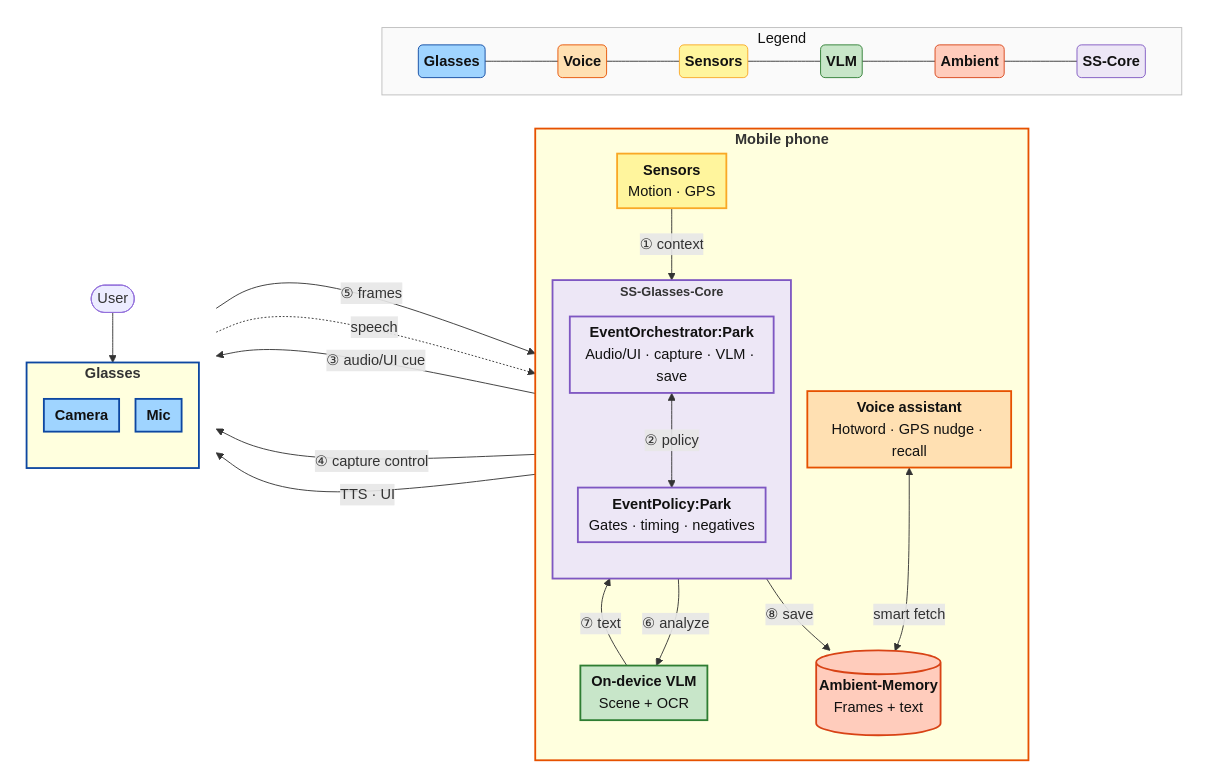
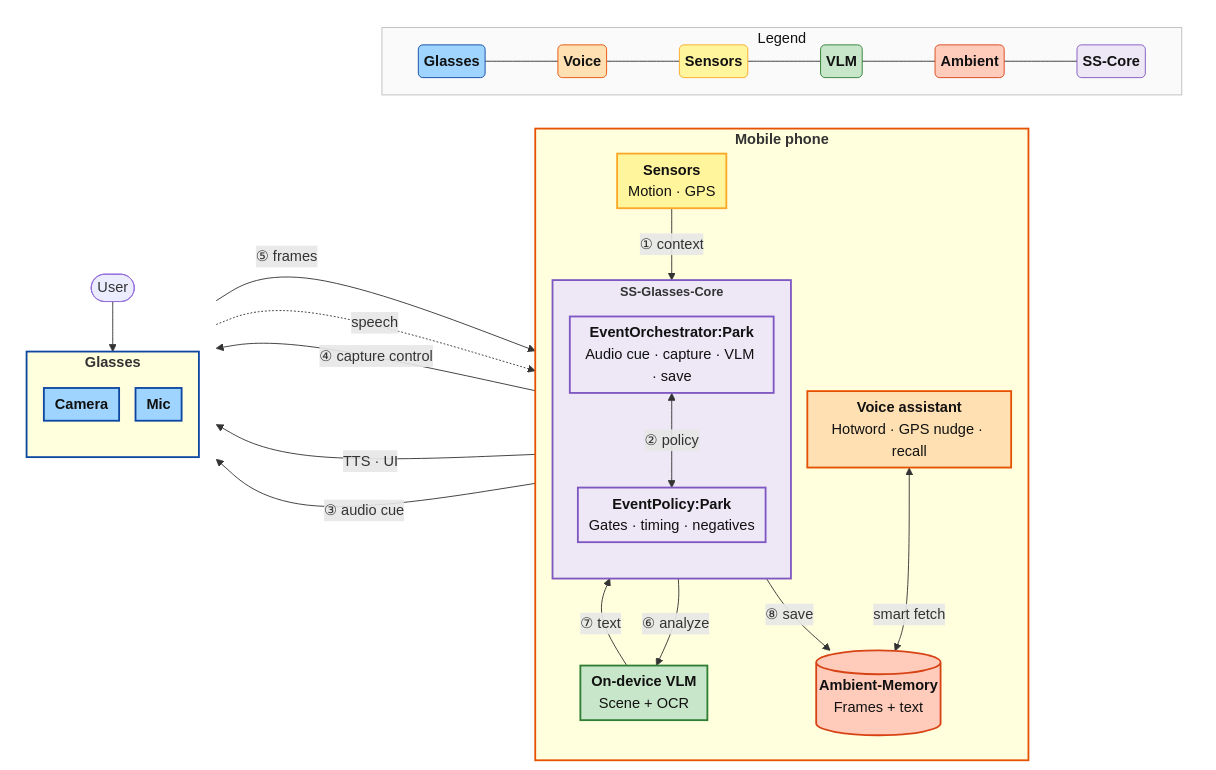
Before and after one commit to penkesiva/wer-26: the diagram in tmp/idea2_mark_car_parking_spot_architecture.mermaid, drawn with Mermaid. The commit also changed 2 other files, not shown here.

Commit message:
docs(idea2): remove display UI cue; route audio cue to Glasses
Drop Display confirmation module and separate UI cue path; orchestrator
sends a single audio cue to the Glasses block.

```diff
--- a/tmp/idea2_mark_car_parking_spot_architecture.mermaid
+++ b/tmp/idea2_mark_car_parking_spot_architecture.mermaid
@@ -1,99 +1,99 @@
 ---
 config:
   flowchart:
     htmlLabels: true
     padding: 6
     nodeSpacing: 18
     rankSpacing: 30
 ---
 flowchart LR
  subgraph SSGC["<b><span style=font-size:14px>SS-Glasses-Core</span></b>"]
     direction TB
         PolicyCP["<b>EventPolicy:Park</b><br>Gates · timing · negatives"]
-        OrchCP["<b>EventOrchestrator:Park</b><br>Audio/UI · capture · VLM · save"]
+        OrchCP["<b>EventOrchestrator:Park</b><br>Audio cue · capture · VLM · save"]
   end
  subgraph Mobile["<b><span style=font-size:16px>Mobile phone</span></b>"]
     direction TB
         VA["<b>Voice assistant</b><br>Hotword · GPS nudge · recall"]
         Sens["<b>Sensors</b><br>Motion · GPS"]
         SSGC
         VLM["<b>On-device VLM</b><br>Scene + OCR"]
         AMEM[("<b>Ambient-Memory</b><br>Frames + text")]
   end
  subgraph Glasses["<b><span style=font-size:16px>Glasses</span></b>"]
     direction TB
         Cam["<b>Camera</b>"]
         Mic["<b>Mic</b>"]
   end
  subgraph GCol[" "]
     direction TB
         User(["User"])
         Glasses
   end
  subgraph LegendRow["Legend"]
     direction LR
         LgG("<b>Glasses</b>")
         LgM("<b>Voice</b>")
         LgSen("<b>Sensors</b>")
         LgL("<b>VLM</b>")
         LgA("<b>Ambient</b>")
         LgS("<b>SS-Core</b>")
   end
  subgraph BottomDeck[" "]
     direction RL
         LegendRow
   end
     LgG --- LgM
     LgM --- LgSen
     LgSen --- LgL
     LgL --- LgA
     LgA --- LgS
     Mobile ~~~ GCol
     GCol ~~~ BottomDeck
     Sens -- ① context --> OrchCP
     OrchCP <-- ② policy --> PolicyCP
-    OrchCP -- ③ audio/UI cue --> Mic
+    OrchCP -- ③ audio cue --> Glasses
     OrchCP -- ④ capture control --> Cam
     Cam -- ⑤ frames --> OrchCP
     OrchCP -- ⑥ analyze --> VLM
     VLM -- ⑦ text --> OrchCP
     OrchCP -- ⑧ save --> AMEM
     User --> Mic
     Mic -. speech .-> VA
     VA -- TTS · UI --> Mic
     VA <-- smart fetch --> AMEM
 
      PolicyCP:::ssCoreLight
      OrchCP:::ssCoreLight
      VA:::mobile
      Sens:::sensors
      VLM:::onDeviceVlm
      AMEM:::ambientMem
      Cam:::glasses
      Mic:::glasses
      LgG:::legendGlasses
      LgM:::legendMobile
      LgSen:::legendSensors
      LgL:::legendVlm
      LgA:::legendAmbient
      LgS:::legendSS
      GCol:::colHidden
     classDef glasses fill:#9fd4ff,stroke:#0d47a1,color:#111,stroke-width:2px
     classDef mobile fill:#ffe0b2,stroke:#e65100,color:#111,stroke-width:2px
     classDef sensors fill:#fff59d,stroke:#f9a825,color:#111,stroke-width:2px
     classDef onDeviceVlm fill:#c8e6c9,stroke:#2e7d32,color:#111,stroke-width:2px
     classDef ambientMem fill:#ffccbc,stroke:#d84315,color:#111,stroke-width:2px
     classDef ssCoreLight fill:#ede7f6,stroke:#7e57c2,color:#111,stroke-width:2px
     classDef legendGlasses fill:#9fd4ff,stroke:#0d47a1,color:#111
     classDef legendMobile fill:#ffe0b2,stroke:#e65100,color:#111
     classDef legendSensors fill:#fff59d,stroke:#f9a825,color:#111
     classDef legendVlm fill:#c8e6c9,stroke:#2e7d32,color:#111
     classDef legendAmbient fill:#ffccbc,stroke:#d84315,color:#111
     classDef legendSS fill:#ede7f6,stroke:#7e57c2,color:#111
     classDef colHidden fill:none,stroke:none,color:#111
     style SSGC fill:#ede7f6,stroke:#7e57c2,stroke-width:2px
     style Glasses stroke:#0d47a1,stroke-width:2px
     style LegendRow fill:#fafafa,stroke:#bdbdbd,color:#111,stroke-width:1px
     style Mobile stroke:#e65100,stroke-width:2px
     style GCol fill:none,stroke:none
     style BottomDeck fill:none,stroke:none
```
